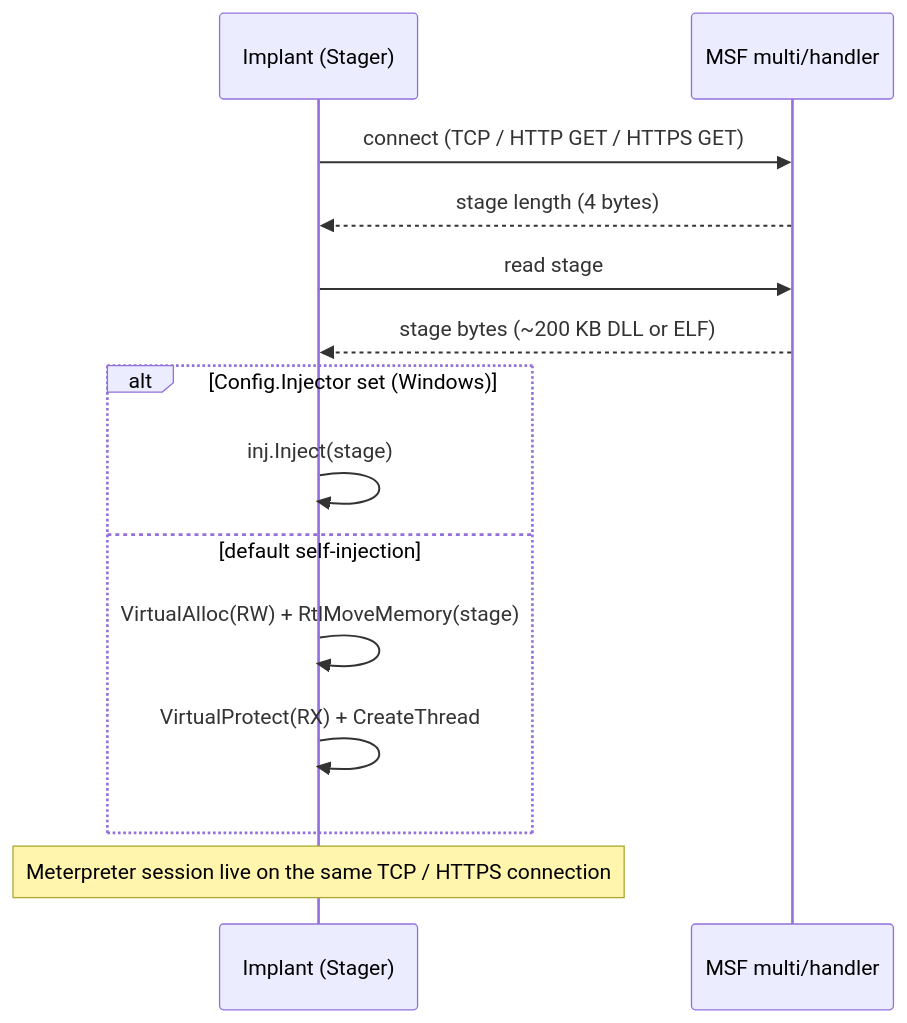
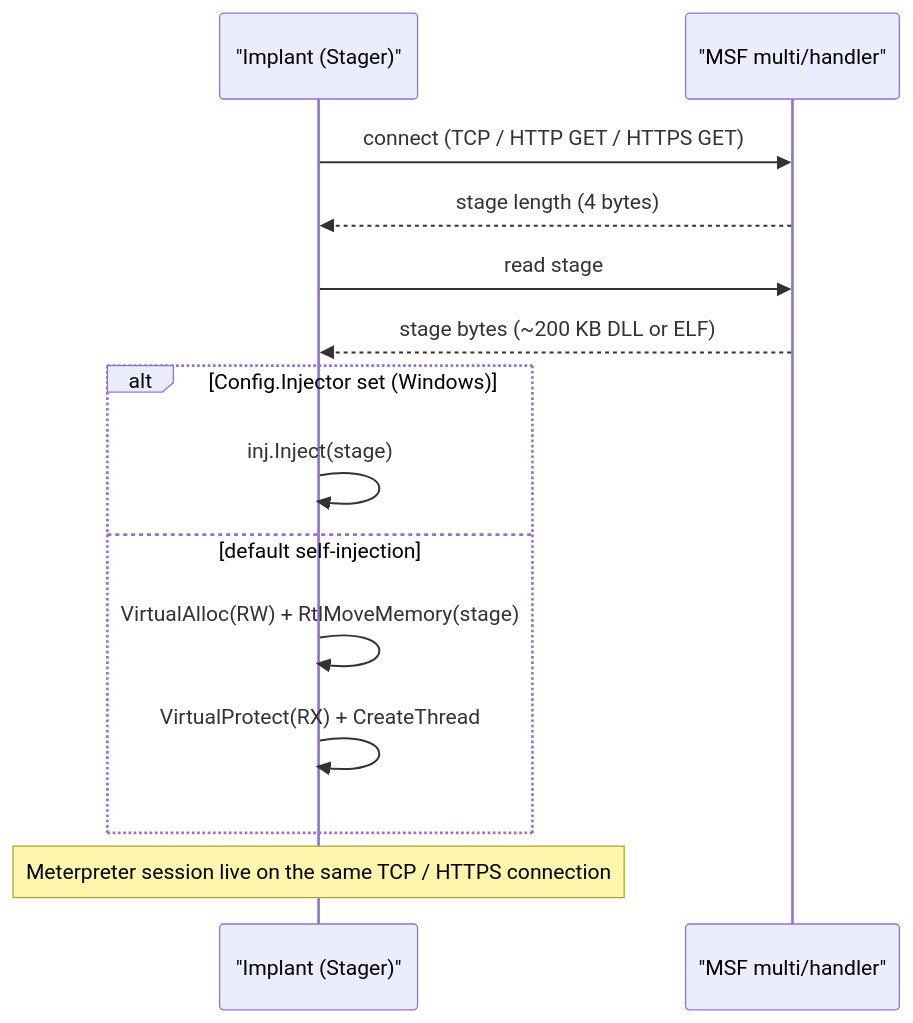
The diagram in docs/techniques/c2/meterpreter.md (oioio-space/maldev), drawn with Mermaid before and after one commit. The commit also changed 52 other files, not shown here.

First line of the commit message:
fix(docs): quote multi-word Mermaid participant aliases — 11.2.0 strict-mode sweep

````diff
--- a/docs/techniques/c2/meterpreter.md
+++ b/docs/techniques/c2/meterpreter.md
@@ -47,19 +47,19 @@
 ```mermaid
 sequenceDiagram
-    participant Imp as Implant (Stager)
-    participant H as MSF multi/handler
+    participant Imp as "Implant (Stager)"
+    participant H as "MSF multi/handler"
 
     Imp->>H: connect (TCP / HTTP GET / HTTPS GET)
     H-->>Imp: stage length (4 bytes)
     Imp->>H: read stage
     H-->>Imp: stage bytes (~200 KB DLL or ELF)
 
     alt Config.Injector set (Windows)
         Imp->>Imp: inj.Inject(stage)
     else default self-injection
         Imp->>Imp: VirtualAlloc(RW) + RtlMoveMemory(stage)
         Imp->>Imp: VirtualProtect(RX) + CreateThread
     end
 
     Note over Imp: Meterpreter session live on the same TCP / HTTPS connection
 ```
````
